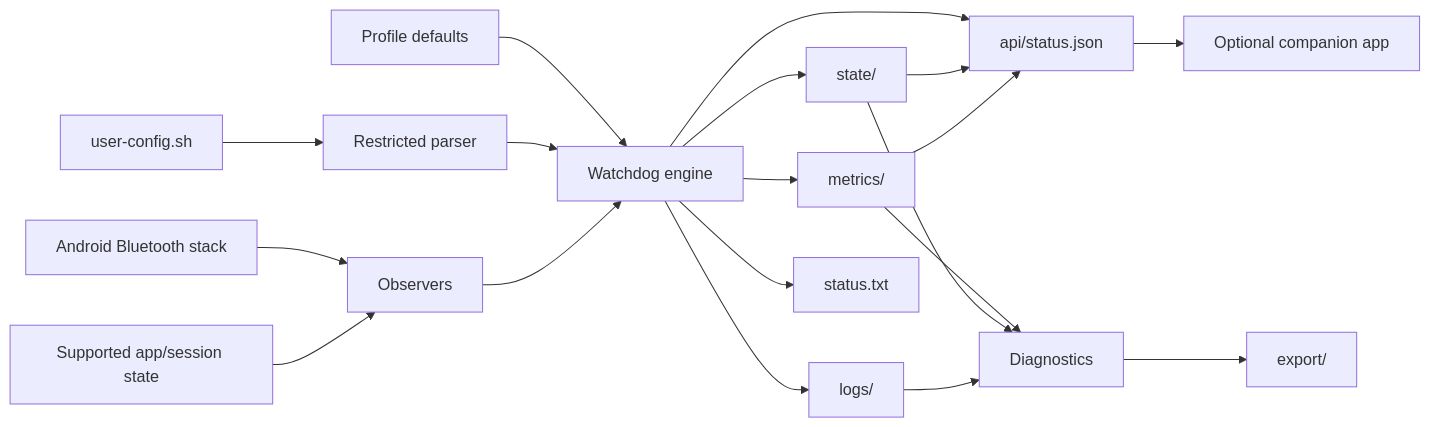
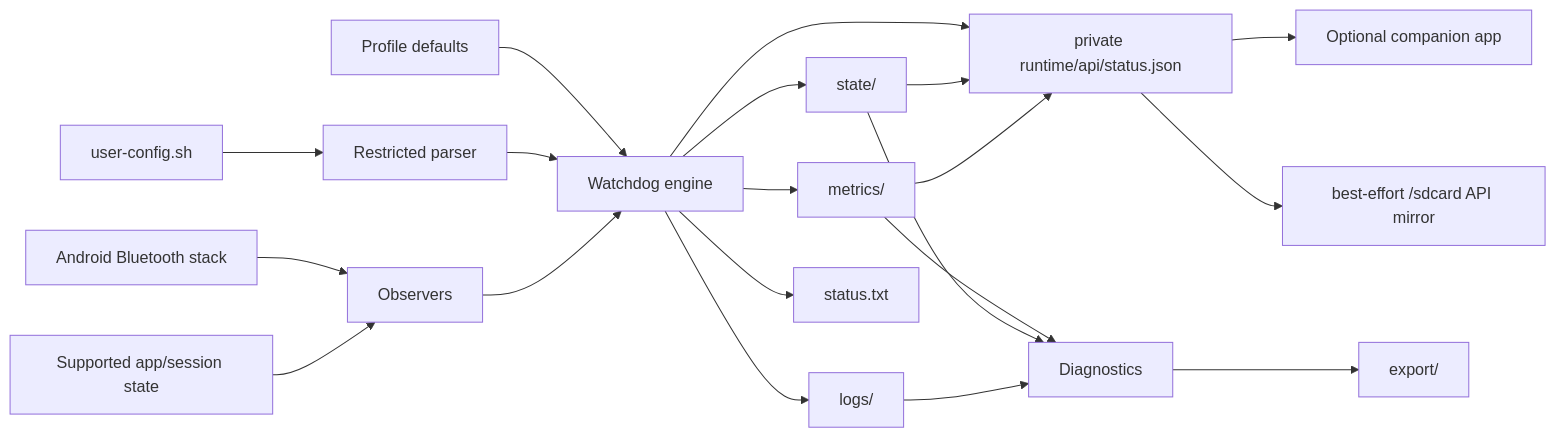
Before and after one commit to RogueAssassin/Bluetooth-Stability-Helper: the third of 4 diagrams in ARCHITECTURE.md, drawn with Mermaid. The commit also changed other lines of this file and 19 other files, not shown here.

````diff
--- a/ARCHITECTURE.md
+++ b/ARCHITECTURE.md
@@ -72,21 +72,22 @@
 ```mermaid
 flowchart LR
     Android[Android Bluetooth stack] --> Obs[Observers]
     Apps[Supported app/session state] --> Obs
     Config[user-config.sh] --> Parser[Restricted parser]
     Defaults[Profile defaults] --> Engine[Watchdog engine]
     Parser --> Engine
     Obs --> Engine
     Engine --> State[state/]
     Engine --> Metrics[metrics/]
     Engine --> Logs[logs/]
     Engine --> Status[status.txt]
-    Engine --> API[api/status.json]
+    Engine --> API[private runtime/api/status.json]
     State --> API
     Metrics --> API
     API --> App[Optional companion app]
+    API --> Mirror[best-effort /sdcard API mirror]
     Metrics --> Diag[Diagnostics]
     State --> Diag
     Logs --> Diag
     Diag --> Export[export/]
 ```
````
